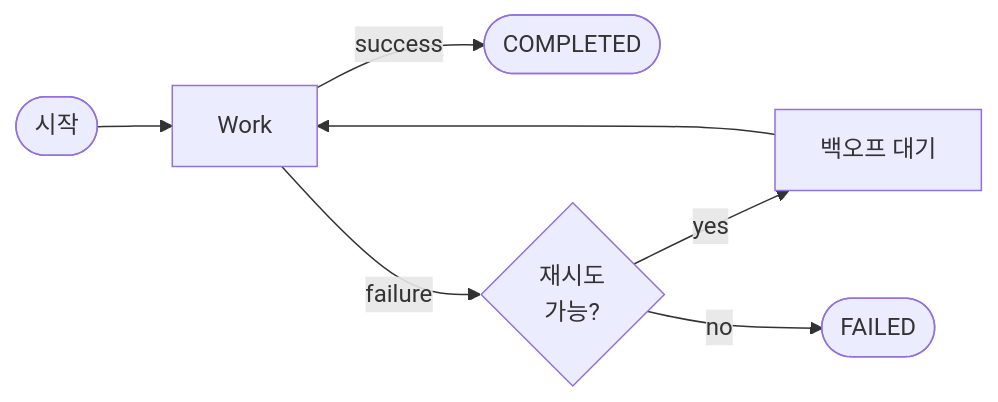
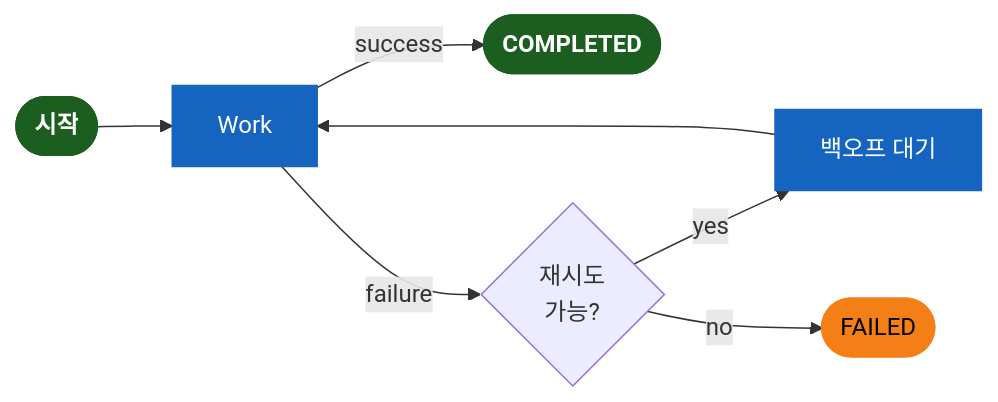
The eighth of 8 diagrams in utils/workflow/README.ko.md (bluetape4k/bluetape4k-projects), drawn with Mermaid before and after one commit. The commit also changed other lines of this file and 221 other files, not shown here.

First line of the commit message:
docs: 전체 모듈 README UML 다이어그램 보강 및 색상 업그레이드

````diff
--- a/utils/workflow/README.ko.md
+++ b/utils/workflow/README.ko.md
@@ -274,9 +323,17 @@
 ```mermaid
 flowchart LR
     S([시작]) --> W[Work]
     W -->|success| E([COMPLETED])
     W -->|failure| R{재시도\n가능?}
     R -->|yes| D[백오프 대기]
     D --> W
     R -->|no| F([FAILED])
+
+    classDef coreStyle fill:#1B5E20,stroke:#1B5E20,color:#FFFFFF,font-weight:bold
+    classDef serviceStyle fill:#1565C0,stroke:#1565C0,color:#FFFFFF
+    classDef dataStyle fill:#F57F17,stroke:#F57F17,color:#000000
+
+    class W,D serviceStyle
+    class S,E coreStyle
+    class F dataStyle
 ```
````
